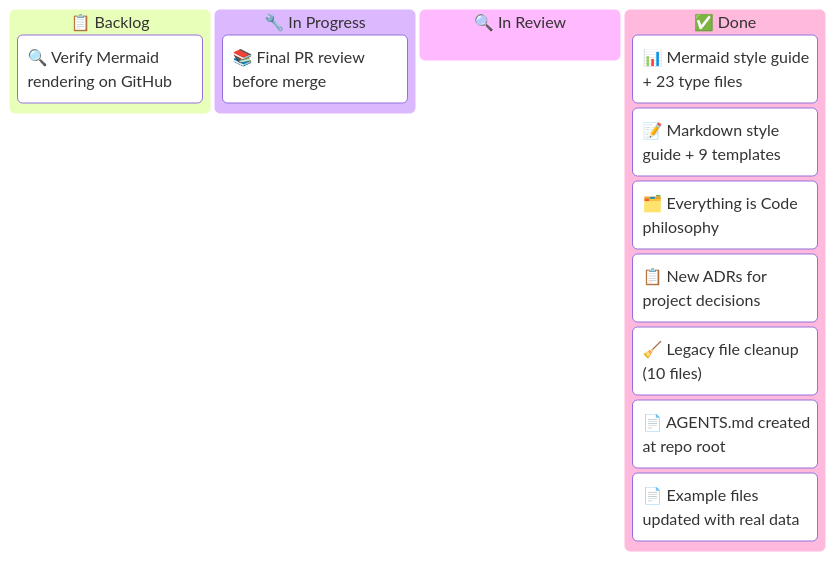
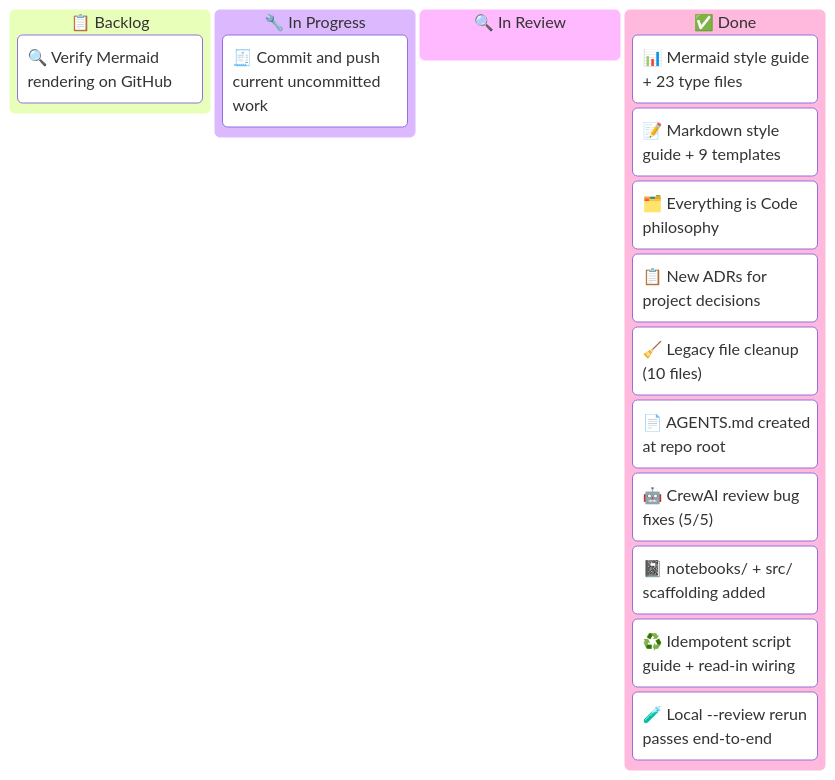
One commit to blazintrailssarah/agent-project changed the diagram in docs/kanban/sprint-2026-w07.md. Above: the diagram before and after it, drawn with Mermaid. The commit also changed other lines of this file and 15 other files, not shown here.

First line of the commit message:
feat(agentic): harden local review pipeline and add idempotent standards

````diff
--- a/docs/kanban/sprint-2026-w07.md
+++ b/docs/kanban/sprint-2026-w07.md
@@ -18,19 +18,22 @@
 ```mermaid
 kanban
     column1["📋 Backlog"]
         task1["🔍 Verify Mermaid rendering on GitHub"]
 
     column2["🔧 In Progress"]
-        task10["📚 Final PR review before merge"]
+        task10["🧾 Commit and push current uncommitted work"]
 
     column3["🔍 In Review"]
 
     column4["✅ Done"]
         task6["📊 Mermaid style guide + 23 type files"]
         task7["📝 Markdown style guide + 9 templates"]
         task8["🗂️ Everything is Code philosophy"]
         task9["📋 New ADRs for project decisions"]
         task3["🧹 Legacy file cleanup (10 files)"]
-        task2["📄 AGENTS.md created at repo root"]
-        task4["📄 Example files updated with real data"]
+        task4["📄 AGENTS.md created at repo root"]
+        task5["🤖 CrewAI review bug fixes (5/5)"]
+        task11["📓 notebooks/ + src/ scaffolding added"]
+        task12["♻️ Idempotent script guide + read-in wiring"]
+        task13["🧪 Local --review rerun passes end-to-end"]
 ```
````
